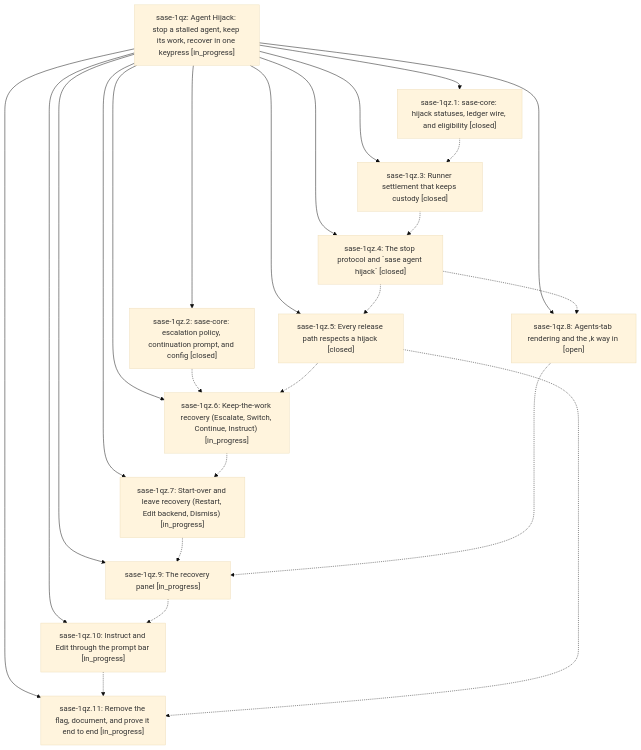
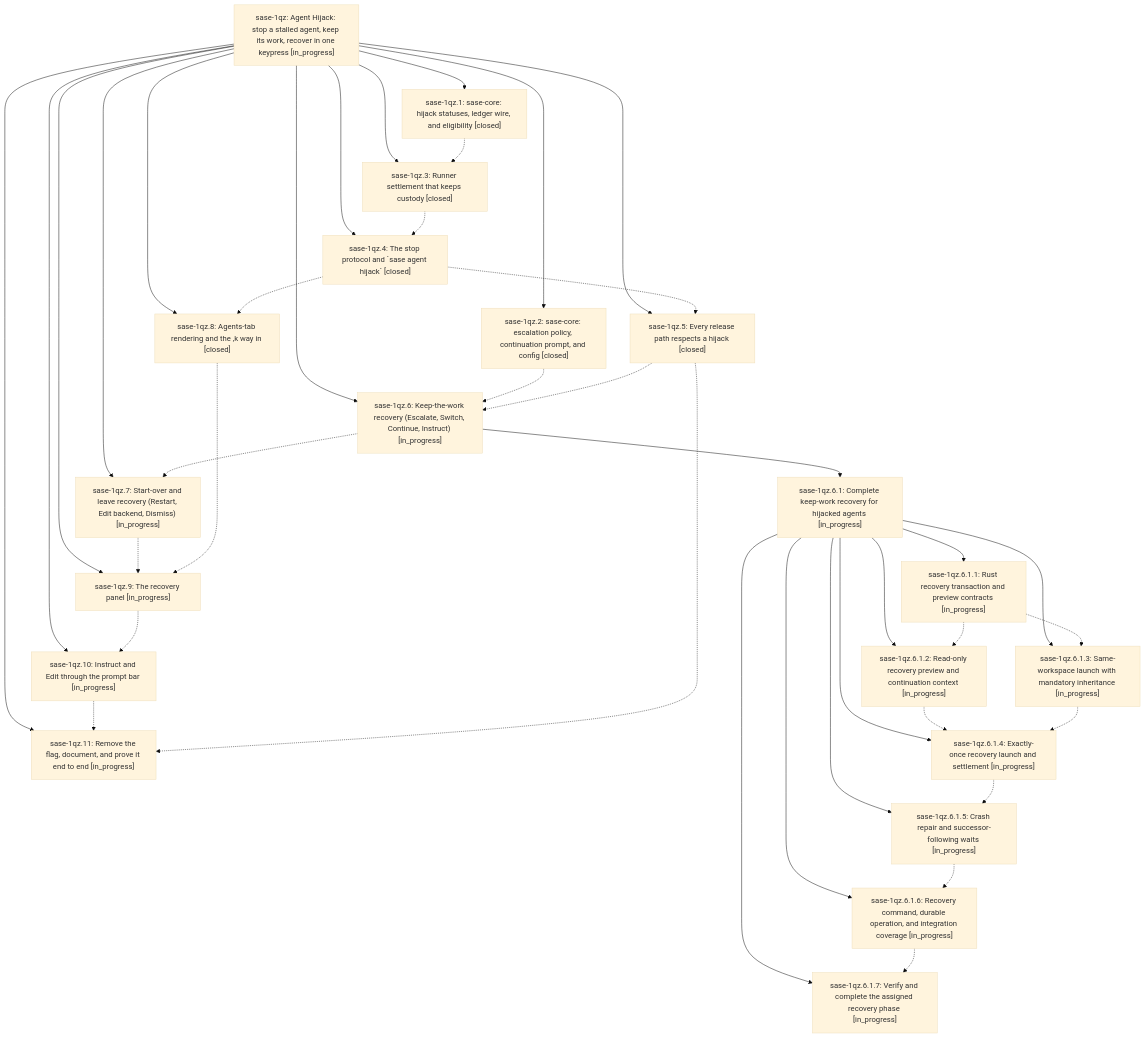
The diagram in pages/sase-1qz/README.md (sase-org/sase--beads), drawn with Mermaid (base theme) before and after one commit. The commit also changed other lines of this file and 13 other files, not shown here.

````diff
--- a/pages/sase-1qz/README.md
+++ b/pages/sase-1qz/README.md
@@ -32,38 +32,61 @@
 ```mermaid
 flowchart TD
     n0["sase-1qz: Agent Hijack: stop a stalled agent, keep its work, recover in one keypress [in_progress]"]
     n1["sase-1qz.1: sase-core: hijack statuses, ledger wire, and eligibility [closed]"]
     n2["sase-1qz.10: Instruct and Edit through the prompt bar [in_progress]"]
     n3["sase-1qz.11: Remove the flag, document, and prove it end to end [in_progress]"]
     n4["sase-1qz.2: sase-core: escalation policy, continuation prompt, and config [closed]"]
     n5["sase-1qz.3: Runner settlement that keeps custody [closed]"]
     n6["sase-1qz.4: The stop protocol and `sase agent hijack` [closed]"]
     n7["sase-1qz.5: Every release path respects a hijack [closed]"]
     n8["sase-1qz.6: Keep-the-work recovery (Escalate, Switch, Continue, Instruct) [in_progress]"]
-    n9["sase-1qz.7: Start-over and leave recovery (Restart, Edit backend, Dismiss) [in_progress]"]
-    n10["sase-1qz.8: Agents-tab rendering and the ,k way in [open]"]
-    n11["sase-1qz.9: The recovery panel [in_progress]"]
+    n9["sase-1qz.6.1: Complete keep-work recovery for hijacked agents [in_progress]"]
+    n10["sase-1qz.6.1.1: Rust recovery transaction and preview contracts [in_progress]"]
+    n11["sase-1qz.6.1.2: Read-only recovery preview and continuation context [in_progress]"]
+    n12["sase-1qz.6.1.3: Same-workspace launch with mandatory inheritance [in_progress]"]
+    n13["sase-1qz.6.1.4: Exactly-once recovery launch and settlement [in_progress]"]
+    n14["sase-1qz.6.1.5: Crash repair and successor-following waits [in_progress]"]
+    n15["sase-1qz.6.1.6: Recovery command, durable operation, and integration coverage [in_progress]"]
+    n16["sase-1qz.6.1.7: Verify and complete the assigned recovery phase [in_progress]"]
+    n17["sase-1qz.7: Start-over and leave recovery (Restart, Edit backend, Dismiss) [in_progress]"]
+    n18["sase-1qz.8: Agents-tab rendering and the ,k way in [closed]"]
+    n19["sase-1qz.9: The recovery panel [in_progress]"]
     n0 --> n1
     n0 --> n2
     n0 --> n3
     n0 --> n4
     n0 --> n5
     n0 --> n6
     n0 --> n7
     n0 --> n8
-    n0 --> n9
-    n0 --> n10
-    n0 --> n11
+    n8 --> n9
+    n9 --> n10
+    n9 --> n11
+    n9 --> n12
+    n9 --> n13
+    n9 --> n14
+    n9 --> n15
+    n9 --> n16
+    n0 --> n17
+    n0 --> n18
+    n0 --> n19
     n1 -.-> n5
     n2 -.-> n3
     n4 -.-> n8
     n5 -.-> n6
     n6 -.-> n7
-    n6 -.-> n10
+    n6 -.-> n18
     n7 -.-> n3
     n7 -.-> n8
-    n8 -.-> n9
-    n9 -.-> n11
+    n8 -.-> n17
     n10 -.-> n11
-    n11 -.-> n2
+    n10 -.-> n12
+    n11 -.-> n13
+    n12 -.-> n13
+    n13 -.-> n14
+    n14 -.-> n15
+    n15 -.-> n16
+    n17 -.-> n19
+    n18 -.-> n19
+    n19 -.-> n2
 ```
````
